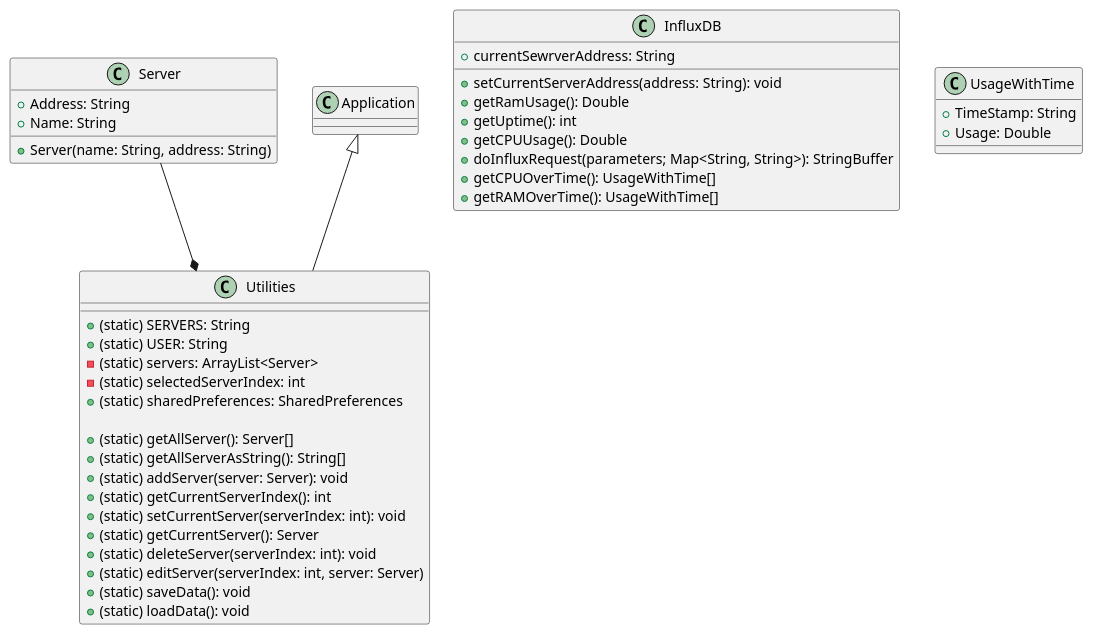
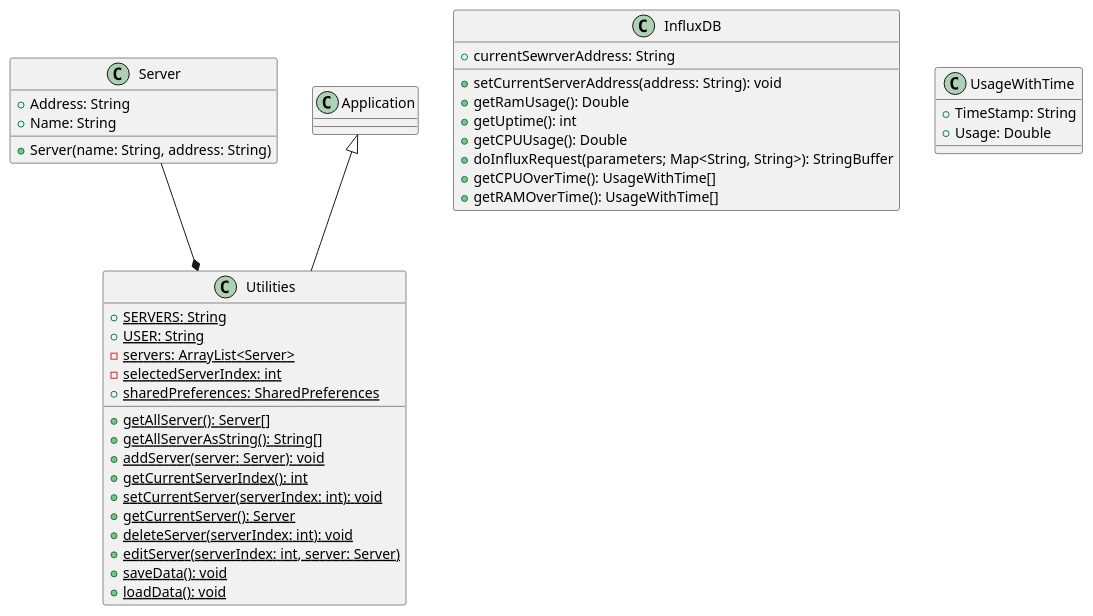
The diagram in doc/puml/src/classes.puml (ILikeBananas/ILBSYS_android), drawn with PlantUML before and after one commit.

Commit message:
Correct static attributes in the puml

```diff
--- a/doc/puml/src/classes.puml
+++ b/doc/puml/src/classes.puml
@@ -2,49 +2,49 @@
 @startuml
 
 class Server {
     + Address: String
     + Name: String
 
     + Server(name: String, address: String)
 }
 
 class InfluxDB {
     + currentSewrverAddress: String
 
     + setCurrentServerAddress(address: String): void
     + getRamUsage(): Double
     + getUptime(): int
     + getCPUUsage(): Double
     + doInfluxRequest(parameters; Map<String, String>): StringBuffer
     + getCPUOverTime(): UsageWithTime[]
     + getRAMOverTime(): UsageWithTime[]
 }
 
 class Utilities extends Application {
-    + (static) SERVERS: String
-    + (static) USER: String
-    - (static) servers: ArrayList<Server>
-    - (static) selectedServerIndex: int
-    + (static) sharedPreferences: SharedPreferences
+    + {static} SERVERS: String
+    + {static} USER: String
+    - {static} servers: ArrayList<Server>
+    - {static} selectedServerIndex: int
+    + {static} sharedPreferences: SharedPreferences
 
-    + (static) getAllServer(): Server[]
-    + (static) getAllServerAsString(): String[]
-    + (static) addServer(server: Server): void
-    + (static) getCurrentServerIndex(): int
-    + (static) setCurrentServer(serverIndex: int): void
-    + (static) getCurrentServer(): Server
-    + (static) deleteServer(serverIndex: int): void
-    + (static) editServer(serverIndex: int, server: Server)
-    + (static) saveData(): void
-    + (static) loadData(): void
+    + {static} getAllServer(): Server[]
+    + {static} getAllServerAsString(): String[]
+    + {static} addServer(server: Server): void
+    + {static} getCurrentServerIndex(): int
+    + {static} setCurrentServer(serverIndex: int): void
+    + {static} getCurrentServer(): Server
+    + {static} deleteServer(serverIndex: int): void
+    + {static} editServer(serverIndex: int, server: Server)
+    + {static} saveData(): void
+    + {static} loadData(): void
 }
 
 class UsageWithTime {
     + TimeStamp: String
     + Usage: Double
 }
 
 
 Server --* Utilities
 
 @enduml
```
